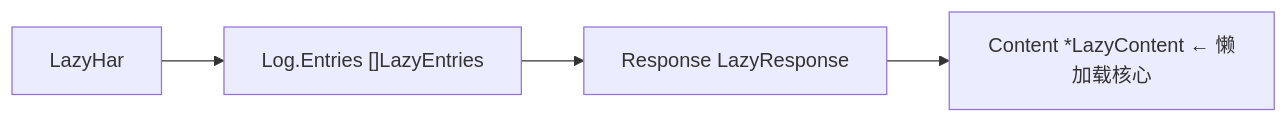
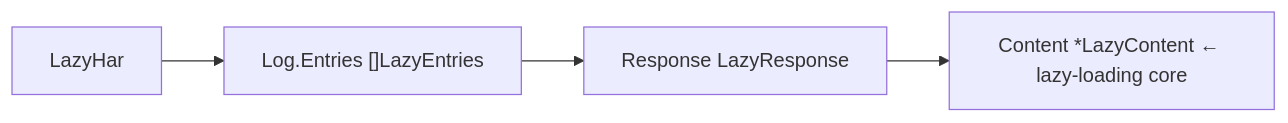
One commit to hitechcloud-vietnam/har-skills changed the third of 4 diagrams in website/zh/internals/lazy-loading.md. Above: the diagram before and after it, drawn with Mermaid. The commit also changed other lines of this file and 97 other files, not shown here.

````diff
--- a/website/zh/internals/lazy-loading.md
+++ b/website/zh/internals/lazy-loading.md
@@ -192,6 +192,6 @@
 ```mermaid
 flowchart LR
   LH["LazyHar"] --> L0["Log.Entries []LazyEntries"]
   L0 --> LR["Response LazyResponse"]
-  LR --> LC["Content *LazyContent ← 懒加载核心"]
+  LR --> LC["Content *LazyContent ← lazy-loading core"]
 ```
````
